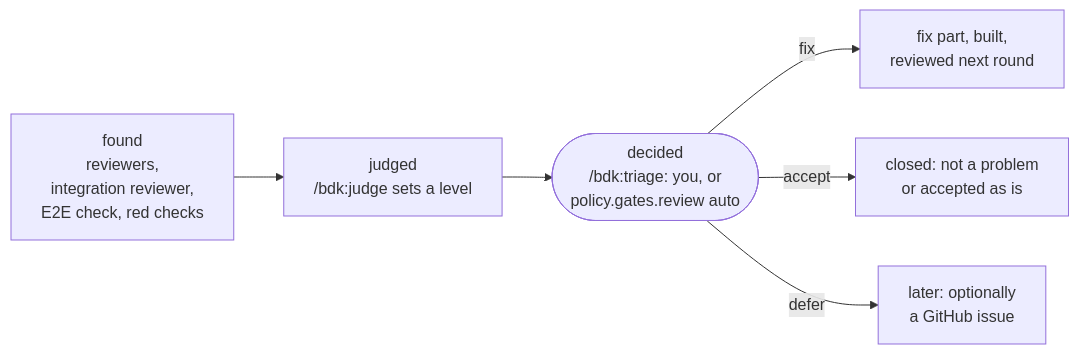
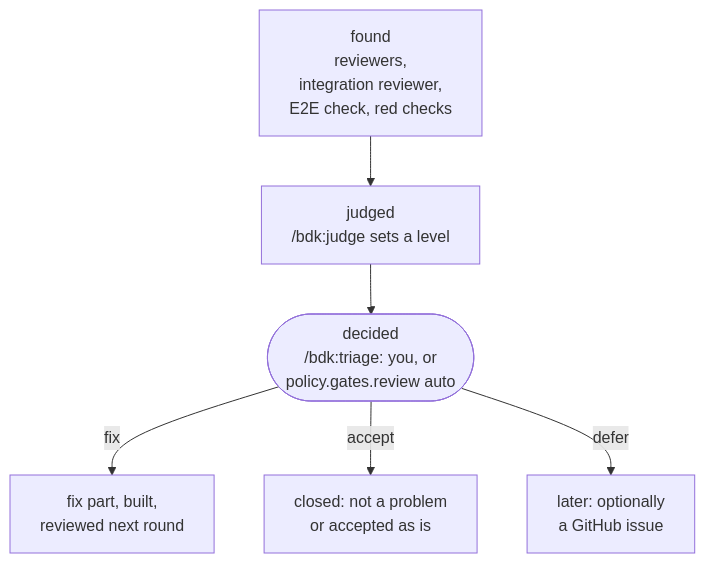
Before and after one commit to broneq/bdk: the diagram in docs/concepts/findings.md, drawn with Mermaid. The commit also changed 20 other files, not shown here.

First line of the commit message:
fix(docs): fit every diagram into the content column

````diff
--- a/docs/concepts/findings.md
+++ b/docs/concepts/findings.md
@@ -5,8 +5,8 @@
 ```mermaid
-flowchart LR
+flowchart TB
   F["found<br/>reviewers,<br/>integration reviewer,<br/>E2E check, red checks"] --> J["judged<br/>/bdk:judge sets a level"]
   J --> D(["decided<br/>/bdk:triage: you, or<br/>policy.gates.review auto"])
   D -->|"fix"| X["fix part, built,<br/>reviewed next round"]
   D -->|"accept"| A["closed: not a problem<br/>or accepted as is"]
   D -->|"defer"| L["later: optionally<br/>a GitHub issue"]
 ```
````
